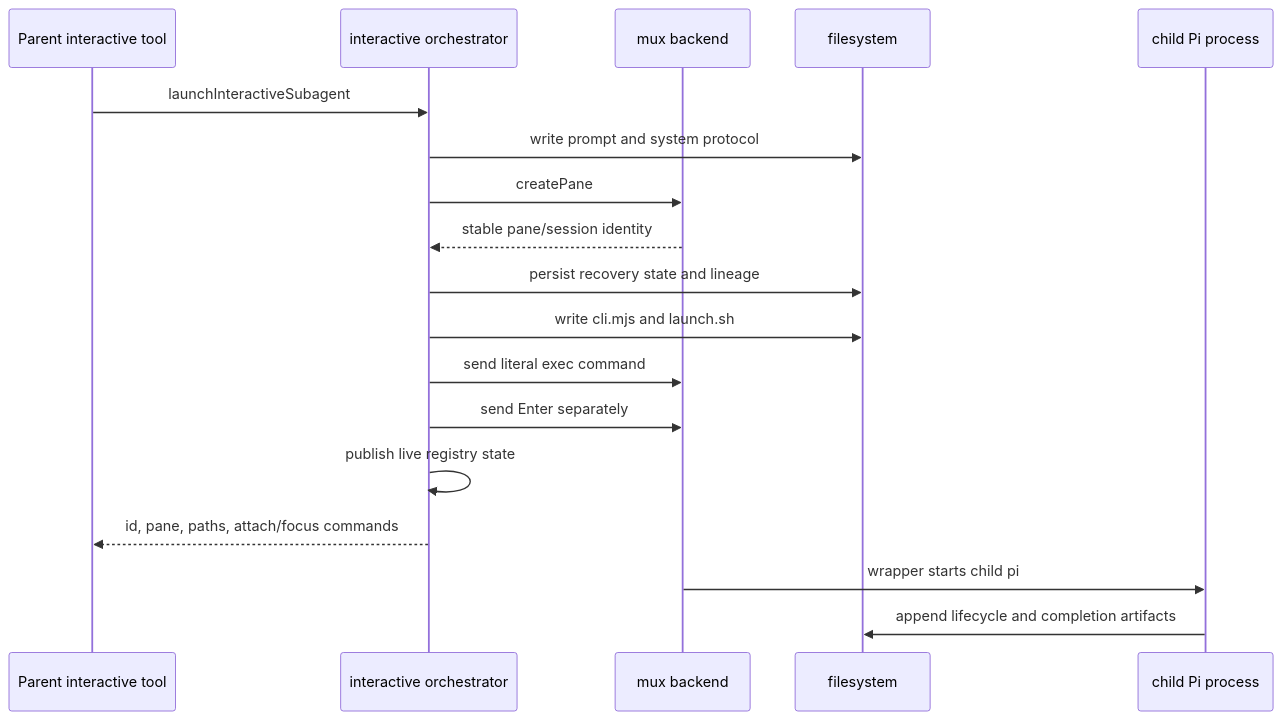
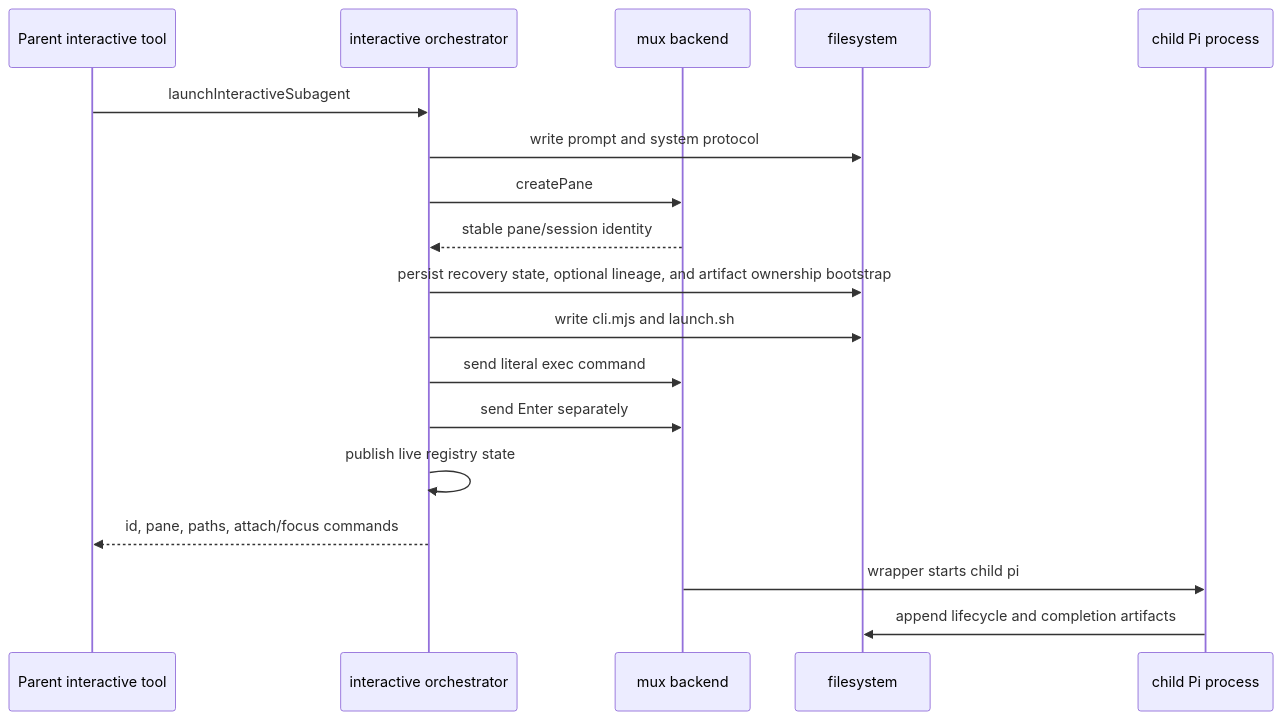
One commit to lmn451/pi-subagentura changed the fifth of 8 diagrams in architecture.md. Above: the diagram before and after it, drawn with Mermaid. The commit also changed other lines of this file and 24 other files, not shown here.

````diff
--- a/architecture.md
+++ b/architecture.md
@@ -495,21 +505,21 @@
 ```mermaid
 sequenceDiagram
   participant T as Parent interactive tool
   participant O as interactive orchestrator
   participant M as mux backend
   participant F as filesystem
   participant C as child Pi process
 
   T->>O: launchInteractiveSubagent
   O->>F: write prompt and system protocol
   O->>M: createPane
   M-->>O: stable pane/session identity
-  O->>F: persist recovery state and lineage
+  O->>F: persist recovery state, optional lineage, and artifact ownership bootstrap
   O->>F: write cli.mjs and launch.sh
   O->>M: send literal exec command
   O->>M: send Enter separately
   O->>O: publish live registry state
   O-->>T: id, pane, paths, attach/focus commands
   M->>C: wrapper starts child pi
   C->>F: append lifecycle and completion artifacts
 ```
````
